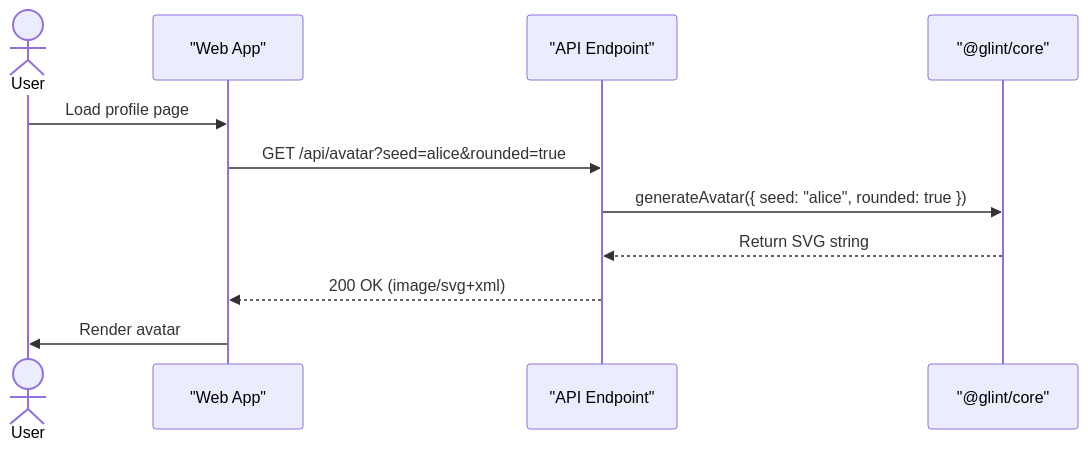
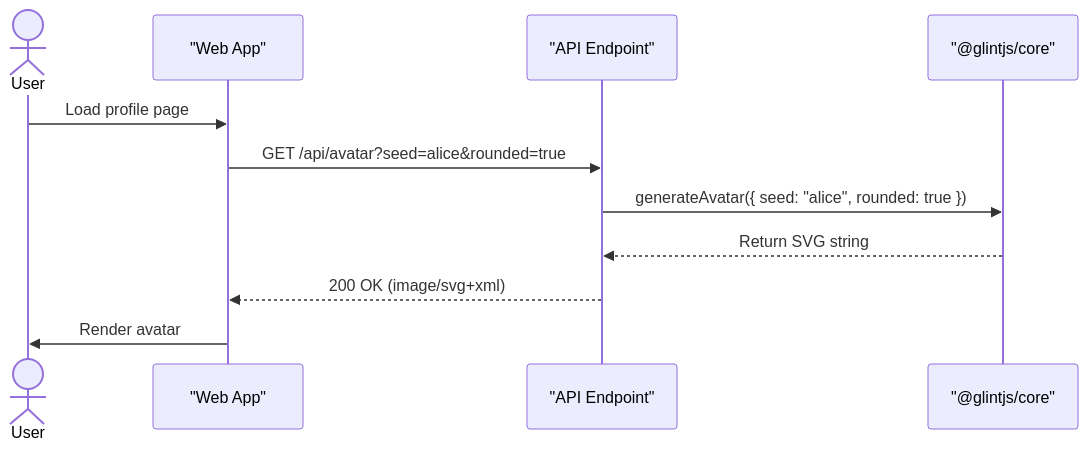
Before and after one commit to Charmingdc/glint: the second of 2 diagrams in README.md, drawn with Mermaid. The commit also changed other lines of this file and 34 other files, not shown here.

````diff
--- a/README.md
+++ b/README.md
@@ -82,14 +82,14 @@
 ```mermaid
 sequenceDiagram
     actor User
     participant WebApp as "Web App"
     participant API as "API Endpoint"
-    participant Core as "@glint/core"
+    participant Core as "@glintjs/core"
 
     User->>WebApp: Load profile page
     WebApp->>API: GET /api/avatar?seed=alice&rounded=true
     API->>Core: generateAvatar({ seed: "alice", rounded: true })
     Core-->>API: Return SVG string
     API-->>WebApp: 200 OK (image/svg+xml)
     WebApp->>User: Render avatar
 ```
````
